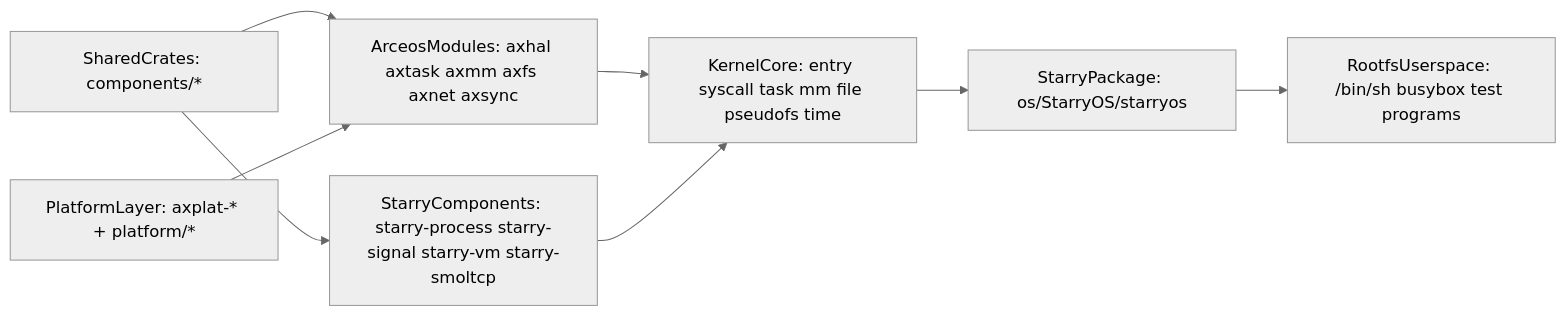
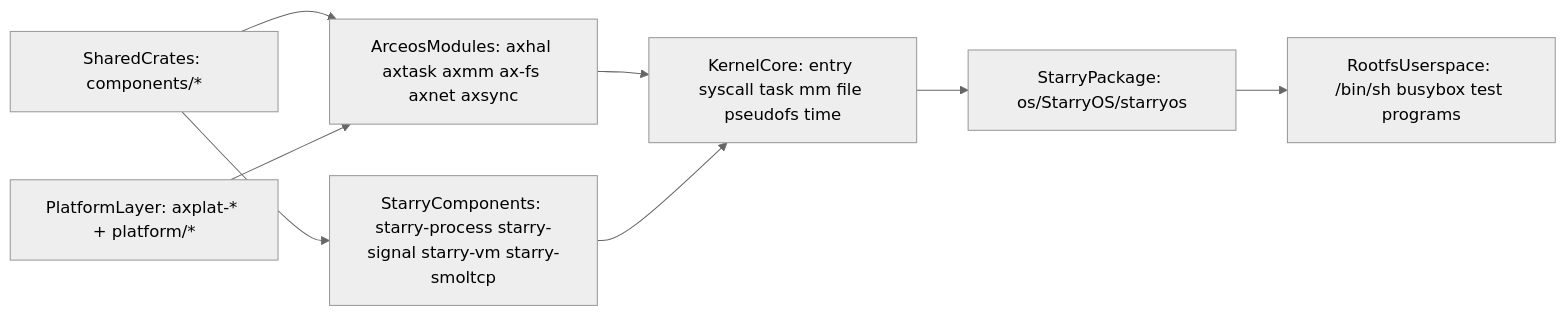
One commit to rcore-os/tgoskits changed the first of 5 diagrams in docs/starryos-internals.md. Above: the diagram before and after it, drawn with Mermaid (neutral theme). The commit also changed other lines of this file and 67 other files, not shown here.

````diff
--- a/docs/starryos-internals.md
+++ b/docs/starryos-internals.md
@@ -26,18 +26,18 @@
 ```mermaid
 flowchart LR
     rootfsUsers["RootfsUserspace: /bin/sh busybox test programs"]
     starryPackage["StarryPackage: os/StarryOS/starryos"]
     kernelCore["KernelCore: entry syscall task mm file pseudofs time"]
     starryComponents["StarryComponents: starry-process starry-signal starry-vm starry-smoltcp"]
-    arceosModules["ArceosModules: axhal axtask axmm axfs axnet axsync"]
+    arceosModules["ArceosModules: axhal axtask axmm ax-fs axnet axsync"]
     sharedCrates["SharedCrates: components/*"]
     platformLayer["PlatformLayer: axplat-* + platform/*"]
 
     sharedCrates --> arceosModules
     sharedCrates --> starryComponents
     platformLayer --> arceosModules
     arceosModules --> kernelCore
     starryComponents --> kernelCore
     kernelCore --> starryPackage
     starryPackage --> rootfsUsers
 ```
````
